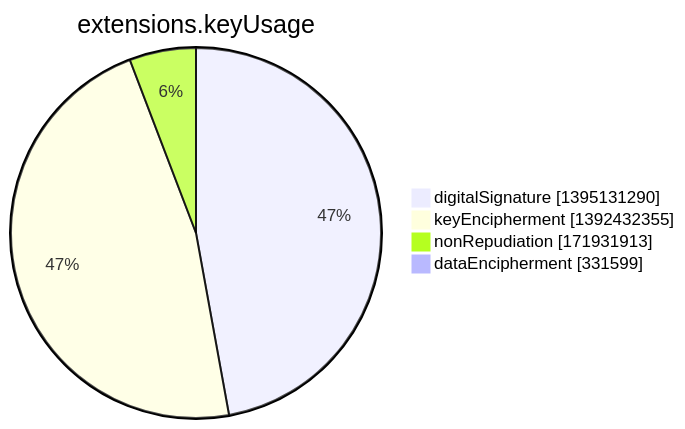
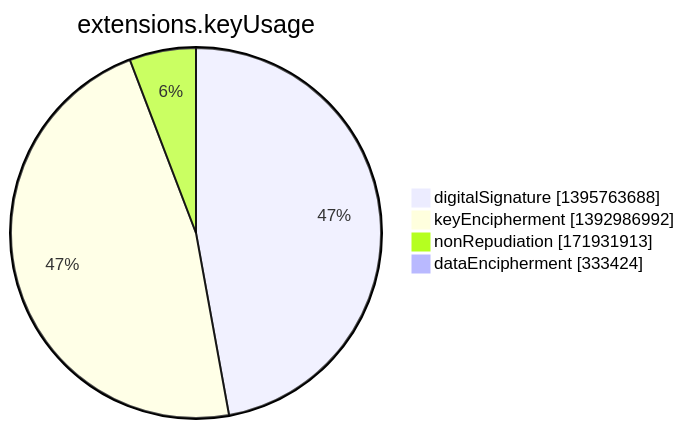
The seventh of 15 diagrams in argon2022/README.md (christiankrug/ctmonitor_visualization), drawn with Mermaid before and after one commit. The commit also changed other lines of this file, not shown here.

````diff
--- a/argon2022/README.md
+++ b/argon2022/README.md
@@ -2751,8 +2751,8 @@
 ```mermaid
 pie showData
 title extensions.keyUsage
-"digitalSignature" :1395131290
-"keyEncipherment" :1392432355
+"digitalSignature" :1395763688
+"keyEncipherment" :1392986992
 "nonRepudiation" :171931913
-"dataEncipherment" :331599
+"dataEncipherment" :333424
 ```
````
